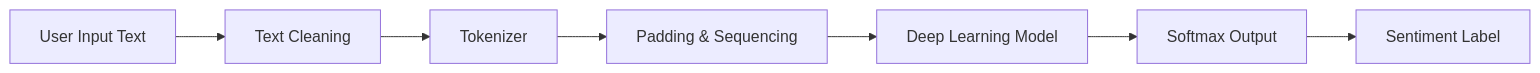
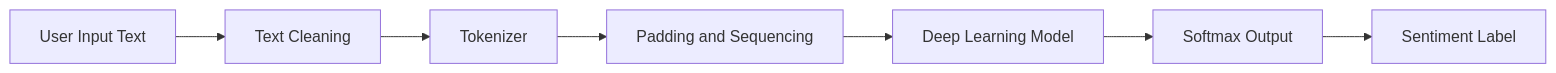
The first of 3 diagrams in README.md (Ritik-dsml/Sentiment-Analysis-using-LSTM-GRU-RNN), drawn with Mermaid before and after one commit. The commit also changed other lines of this file, not shown here.

````diff
--- a/README.md
+++ b/README.md
@@ -75,9 +83,9 @@
 ```mermaid
 flowchart LR
     A[User Input Text] --> B[Text Cleaning]
     B --> C[Tokenizer]
-    C --> D[Padding & Sequencing]
+    C --> D[Padding and Sequencing]
     D --> E[Deep Learning Model]
     E --> F[Softmax Output]
     F --> G[Sentiment Label]
 ```
````
